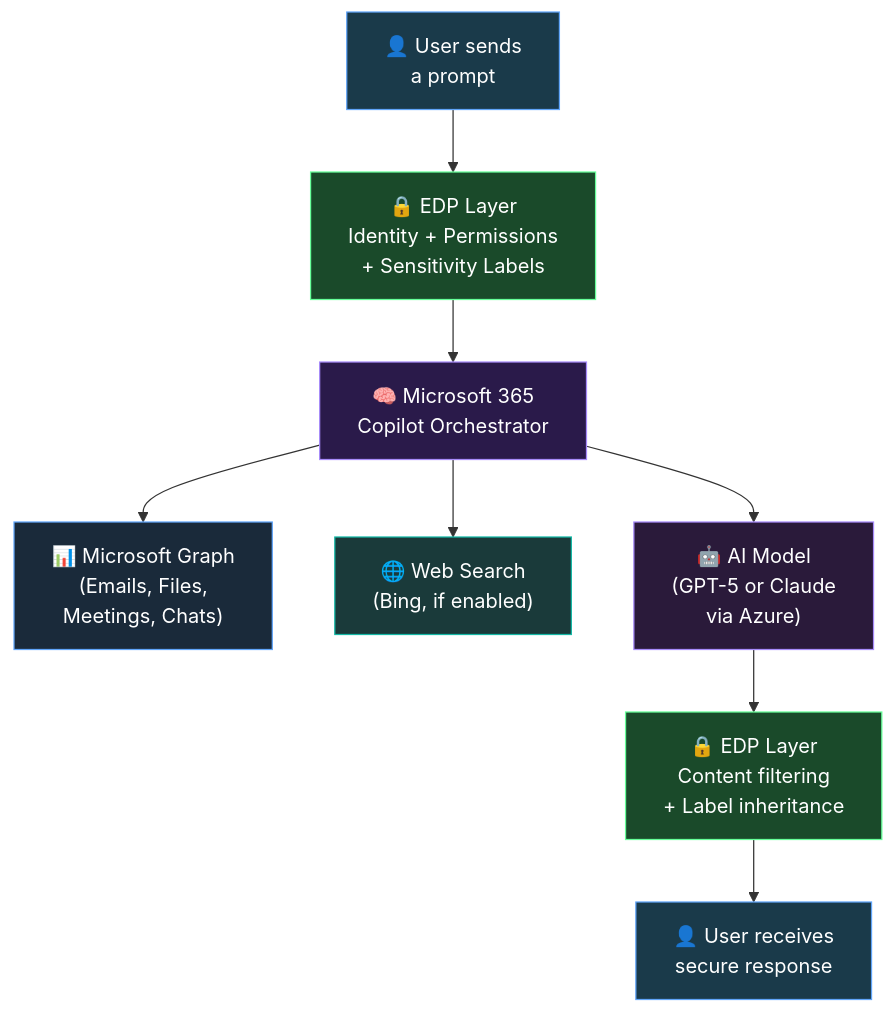
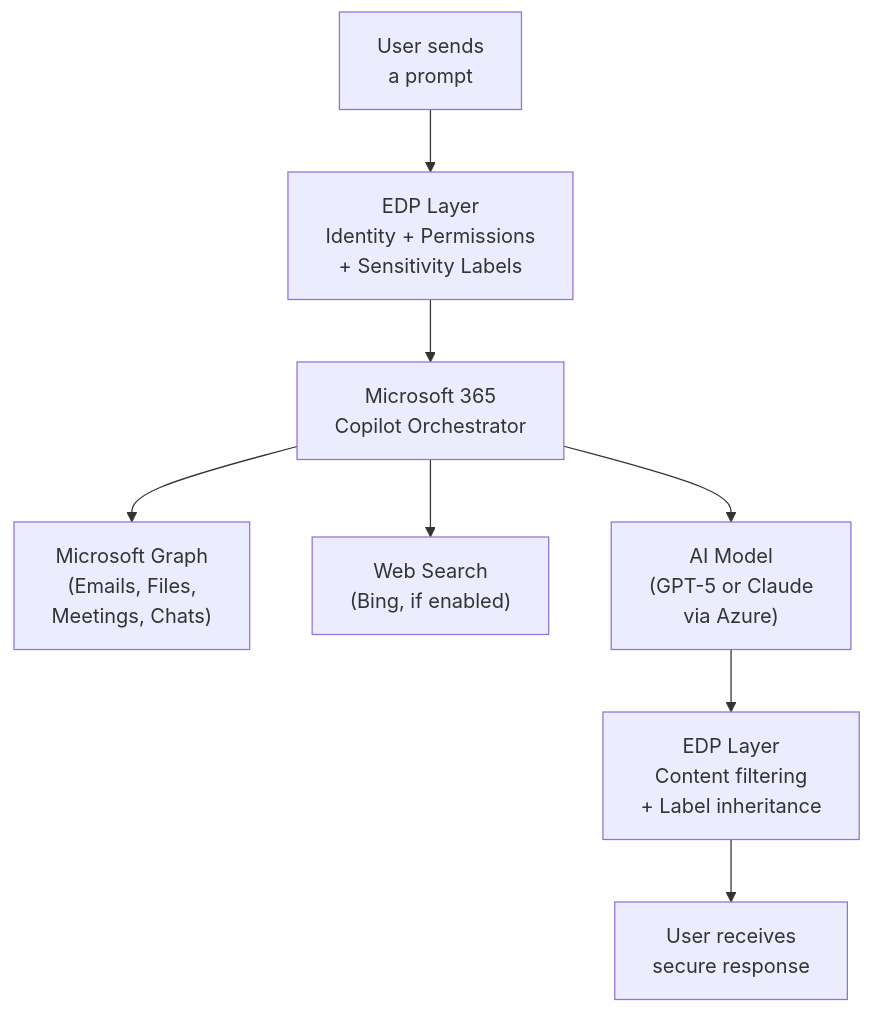
The second of 6 diagrams in content/blog/microsoft-365-copilot-licensed-complete-guide-for-trainers.md (susanthgit/aguidetocloud-revamp), drawn with Mermaid before and after one commit. The commit also changed other lines of this file and 553 other files, not shown here.

First line of the commit message:
🌸 Z17: Zen Mermaid diagrams — Stripe Docs style

````diff
--- a/content/blog/microsoft-365-copilot-licensed-complete-guide-for-trainers.md
+++ b/content/blog/microsoft-365-copilot-licensed-complete-guide-for-trainers.md
@@ -191,18 +182,10 @@
 ```mermaid
 flowchart TD
-    A["👤 User sends<br/>a prompt"] --> B["🔒 EDP Layer<br/>Identity + Permissions<br/>+ Sensitivity Labels"]
-    B --> C["🧠 Microsoft 365<br/>Copilot Orchestrator"]
-    C --> D["📊 Microsoft Graph<br/>(Emails, Files,<br/>Meetings, Chats)"]
-    C --> E["🌐 Web Search<br/>(Bing, if enabled)"]
-    C --> F["🤖 AI Model<br/>(GPT-5 or Claude<br/>via Azure)"]
-    F --> G["🔒 EDP Layer<br/>Content filtering<br/>+ Label inheritance"]
-    G --> H["👤 User receives<br/>secure response"]
-    style A fill:#1a3a4a,stroke:#60A5FA,color:#ffffff
-    style B fill:#1a4a2a,stroke:#66ff99,color:#ffffff
-    style C fill:#2a1a4a,stroke:#A78BFA,color:#ffffff
-    style D fill:#1a2a3a,stroke:#60A5FA,color:#ffffff
-    style E fill:#1a3a3a,stroke:#14B8A6,color:#ffffff
-    style F fill:#2a1a3a,stroke:#A78BFA,color:#ffffff
-    style G fill:#1a4a2a,stroke:#66ff99,color:#ffffff
-    style H fill:#1a3a4a,stroke:#60A5FA,color:#ffffff
+    A["User sends<br/>a prompt"] --> B["EDP Layer<br/>Identity + Permissions<br/>+ Sensitivity Labels"]
+    B --> C["Microsoft 365<br/>Copilot Orchestrator"]
+    C --> D["Microsoft Graph<br/>(Emails, Files,<br/>Meetings, Chats)"]
+    C --> E["Web Search<br/>(Bing, if enabled)"]
+    C --> F["AI Model<br/>(GPT-5 or Claude<br/>via Azure)"]
+    F --> G["EDP Layer<br/>Content filtering<br/>+ Label inheritance"]
+    G --> H["User receives<br/>secure response"]
 ```
````
